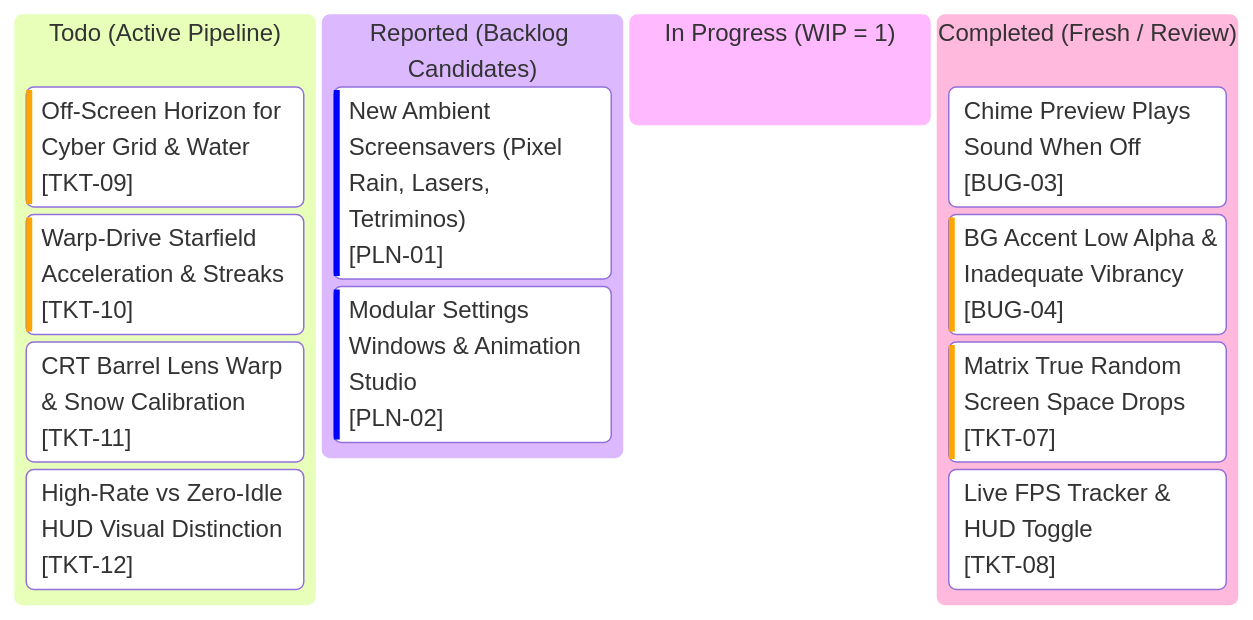
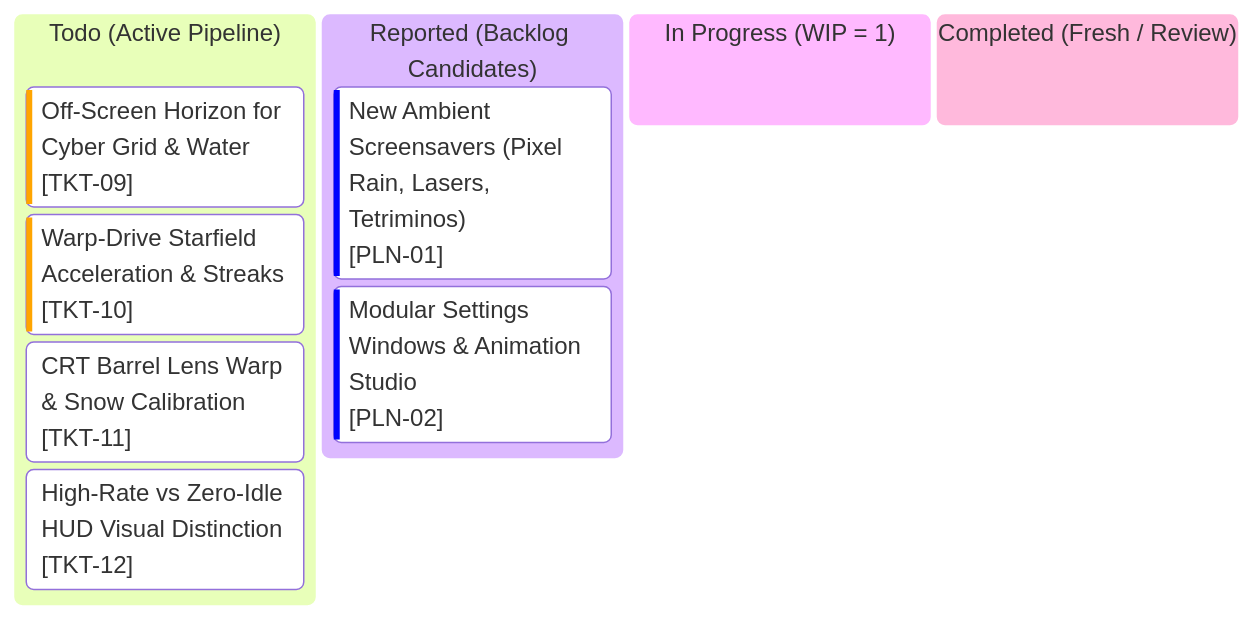
The diagram in kanban.md (AlitheiaDeus/Clockity), drawn with Mermaid before and after one commit. The commit also changed 12 other files, not shown here.

````diff
--- a/kanban.md
+++ b/kanban.md
@@ -3,17 +3,13 @@
 ```mermaid
 kanban
   todo["Todo (Active Pipeline)"]
     tkt09["Off-Screen Horizon for Cyber Grid & Water"]@{ ticket: '[TKT-09]', priority: 'High' }
     tkt10["Warp-Drive Starfield Acceleration & Streaks"]@{ ticket: '[TKT-10]', priority: 'High' }
     tkt11["CRT Barrel Lens Warp & Snow Calibration"]@{ ticket: '[TKT-11]', priority: 'Medium' }
     tkt12["High-Rate vs Zero-Idle HUD Visual Distinction"]@{ ticket: '[TKT-12]', priority: 'Medium' }
   reported["Reported (Backlog Candidates)"]
     pln01["New Ambient Screensavers (Pixel Rain, Lasers, Tetriminos)"]@{ ticket: '[PLN-01]', priority: 'Low' }
     pln02["Modular Settings Windows & Animation Studio"]@{ ticket: '[PLN-02]', priority: 'Low' }
   in_progress["In Progress (WIP = 1)"]
   completed["Completed (Fresh / Review)"]
-    bug03["Chime Preview Plays Sound When Off"]@{ ticket: '[BUG-03]', priority: 'Medium' }
-    bug04["BG Accent Low Alpha & Inadequate Vibrancy"]@{ ticket: '[BUG-04]', priority: 'High' }
-    tkt07["Matrix True Random Screen Space Drops"]@{ ticket: '[TKT-07]', priority: 'High' }
-    tkt08["Live FPS Tracker & HUD Toggle"]@{ ticket: '[TKT-08]', priority: 'Medium' }
 ```
````
